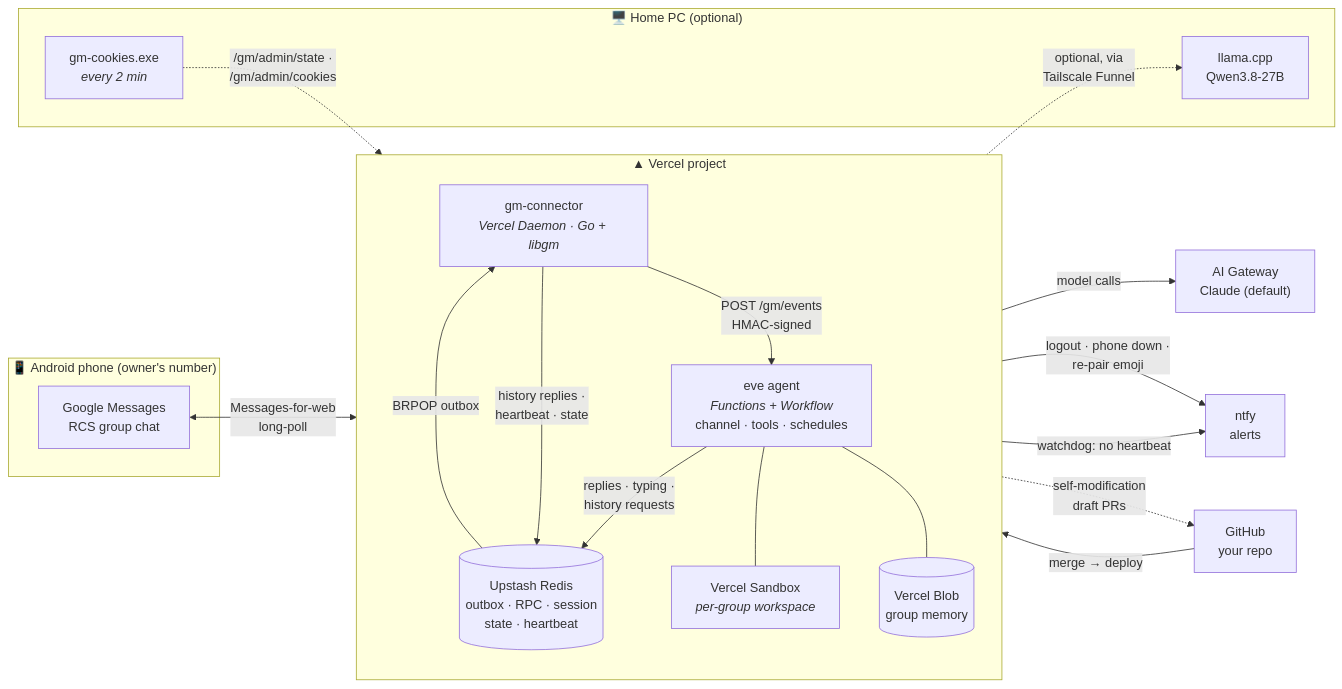
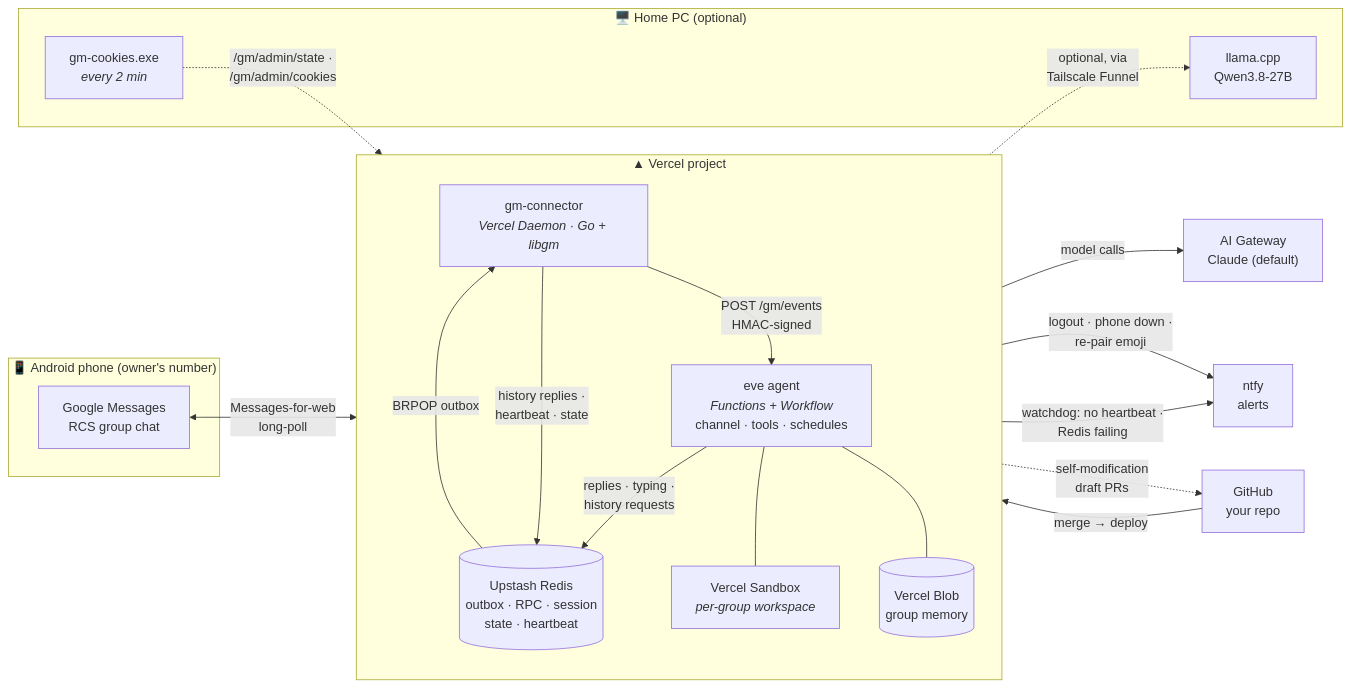
The diagram in README.md (pwillia7/rcs-group-bot), drawn with Mermaid before and after one commit. The commit also changed other lines of this file and 13 other files, not shown here.

````diff
--- a/README.md
+++ b/README.md
@@ -108,39 +109,39 @@
 ```mermaid
 flowchart LR
     subgraph phone["📱 Android phone (owner's number)"]
         GM["Google Messages<br/>RCS group chat"]
     end
 
     subgraph vercel["▲ Vercel project"]
         direction TB
         CONN["gm-connector<br/><i>Vercel Daemon · Go + libgm</i>"]
         AGENT["eve agent<br/><i>Functions + Workflow</i><br/>channel · tools · schedules"]
         SANDBOX["Vercel Sandbox<br/><i>per-group workspace</i>"]
         BLOB[("Vercel Blob<br/>group memory")]
         REDIS[("Upstash Redis<br/>outbox · RPC · session<br/>state · heartbeat")]
     end
 
     subgraph pc["🖥️ Home PC (optional)"]
         QWEN["llama.cpp<br/>Qwen3.8-27B"]
         COOKIES["gm-cookies.exe<br/><i>every 2 min</i>"]
     end
 
     GATEWAY["AI Gateway<br/>Claude (default)"]
     NTFY["ntfy<br/>alerts"]
     GH["GitHub<br/>your repo"]
 
     GM <-->|"Messages-for-web<br/>long-poll"| CONN
     CONN -->|"POST /gm/events<br/>HMAC-signed"| AGENT
     AGENT -->|"replies · typing ·<br/>history requests"| REDIS
     REDIS -->|"BRPOP outbox"| CONN
     CONN -->|"history replies ·<br/>heartbeat · state"| REDIS
     AGENT -.->|"optional, via<br/>Tailscale Funnel"| QWEN
     AGENT -->|"model calls"| GATEWAY
     AGENT --- SANDBOX
     AGENT --- BLOB
     CONN -->|"logout · phone down ·<br/>re-pair emoji"| NTFY
-    AGENT -->|"watchdog: no heartbeat"| NTFY
+    AGENT -->|"watchdog: no heartbeat ·<br/>Redis failing"| NTFY
     COOKIES -.->|"/gm/admin/state ·<br/>/gm/admin/cookies"| AGENT
     AGENT -.->|"self-modification<br/>draft PRs"| GH
     GH -->|"merge → deploy"| vercel
 ```
````
